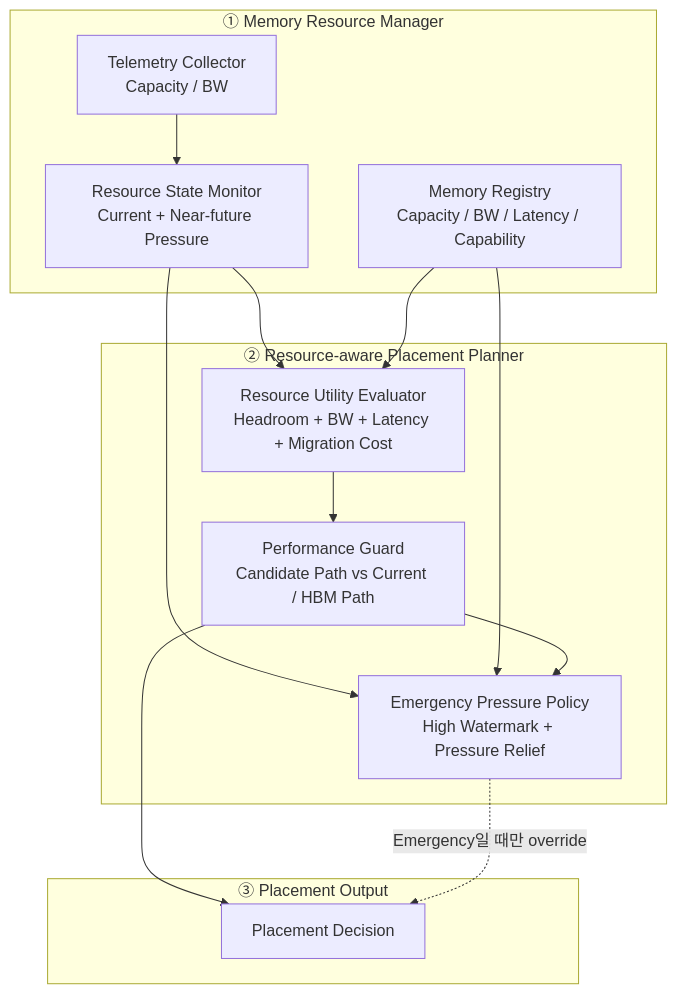
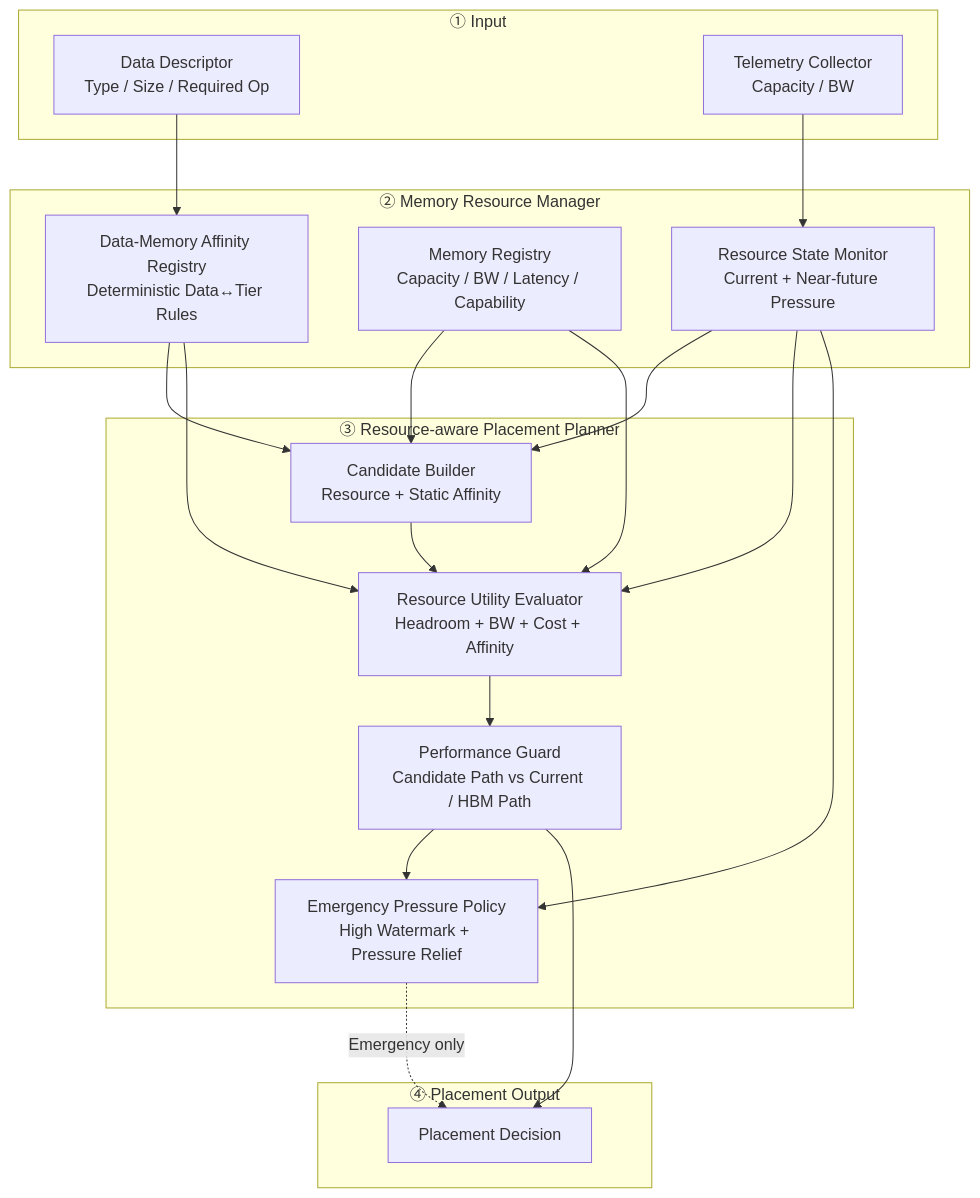
Before and after one commit to mkim0628/vllm: the first of 2 diagrams in doc-architect/dp1-reinforcement-v2-design.md, drawn with Mermaid. The commit also changed other lines of this file, not shown here.

Commit message:
Integrate Data-Memory Affinity Registry into C1-R2 design

````diff
--- a/doc-architect/dp1-reinforcement-v2-design.md
+++ b/doc-architect/dp1-reinforcement-v2-design.md
@@ -34,31 +34,44 @@
 ```mermaid
 flowchart TB
 
-    subgraph RM["① Memory Resource Manager"]
+    subgraph IN["① Input"]
+        DD["Data Descriptor<br/>Type / Size / Required Op"]
         TC["Telemetry Collector<br/>Capacity / BW"]
+    end
+
+    subgraph RM["② Memory Resource Manager"]
         RSM["Resource State Monitor<br/>Current + Near-future Pressure"]
         MR["Memory Registry<br/>Capacity / BW / Latency / Capability"]
+        AR["Data-Memory Affinity Registry<br/>Deterministic Data↔Tier Rules"]
     end
 
-    subgraph PP["② Resource-aware Placement Planner"]
-        RUE["Resource Utility Evaluator<br/>Headroom + BW + Latency + Migration Cost"]
+    subgraph PP["③ Resource-aware Placement Planner"]
+        CB["Candidate Builder<br/>Resource + Static Affinity"]
+        RUE["Resource Utility Evaluator<br/>Headroom + BW + Cost + Affinity"]
         PG["Performance Guard<br/>Candidate Path vs Current / HBM Path"]
         EPP["Emergency Pressure Policy<br/>High Watermark + Pressure Relief"]
     end
 
-    subgraph OUT["③ Placement Output"]
+    subgraph OUT["④ Placement Output"]
         PD["Placement Decision"]
     end
 
+    DD --> AR
     TC --> RSM
+
+    RSM --> CB
+    MR --> CB
+    AR --> CB
+
+    CB --> RUE
     RSM --> RUE
     MR --> RUE
+    AR --> RUE
 
     RUE --> PG
     RSM --> EPP
-    MR --> EPP
     PG --> EPP
 
     PG --> PD
-    EPP -. "Emergency일 때만 override" .-> PD
+    EPP -. "Emergency only" .-> PD
 ```
````
